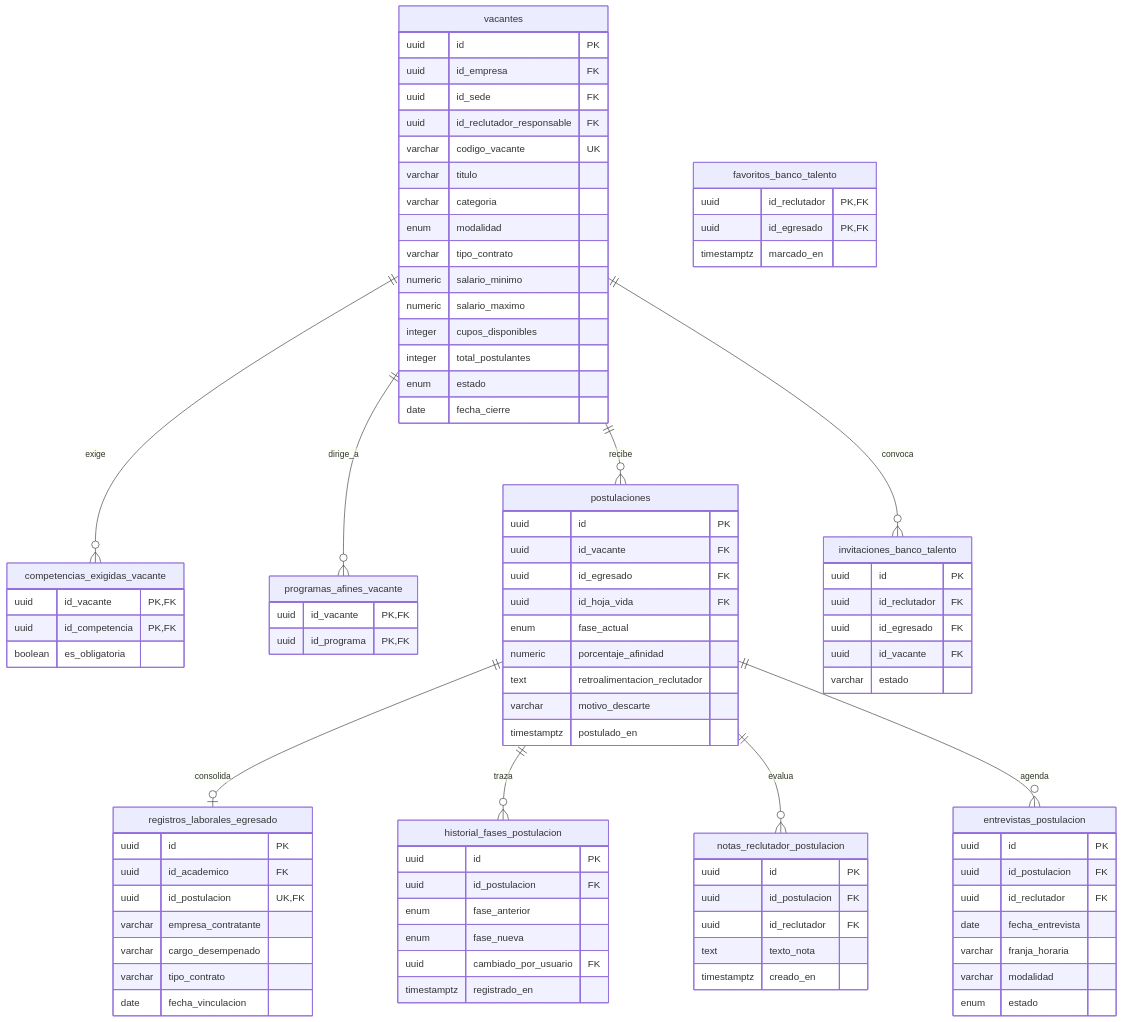
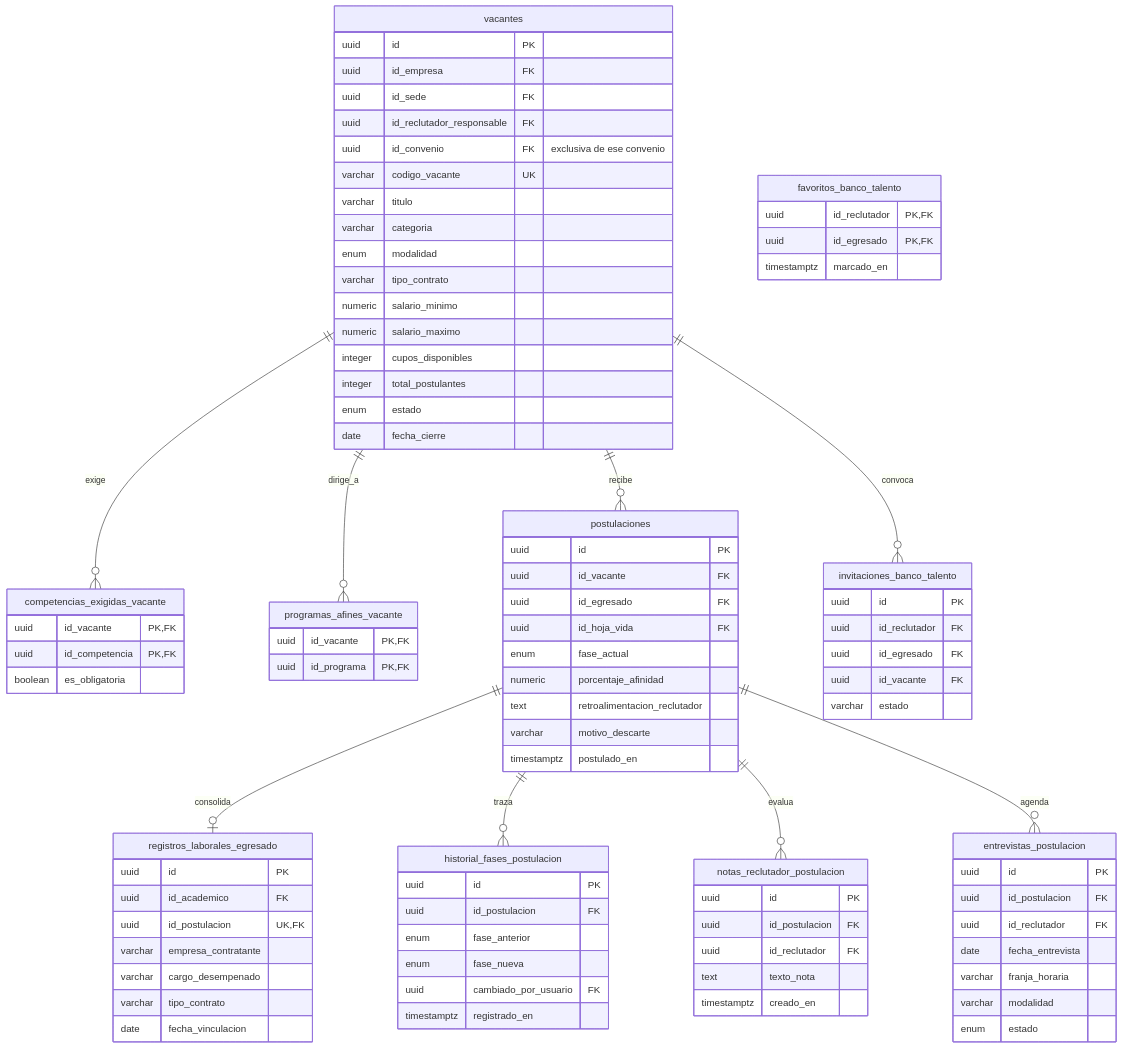
One commit to JaiderBadillo/Vincula changed the sixth of 7 diagrams in docs/diagrama_base_datos_vincula.md. Above: the diagram before and after it, drawn with Mermaid. The commit also changed other lines of this file and 2 other files, not shown here.

First line of the commit message:
fix(convenios): compare the agreement state with a literal (Postgres enum); update the ERD

```diff
--- a/docs/diagrama_base_datos_vincula.md
+++ b/docs/diagrama_base_datos_vincula.md
@@ -456,6 +457,7 @@
         uuid id_empresa FK
         uuid id_sede FK
         uuid id_reclutador_responsable FK
+        uuid id_convenio FK "exclusiva de ese convenio"
         varchar codigo_vacante UK
         varchar titulo
         varchar categoria
```
